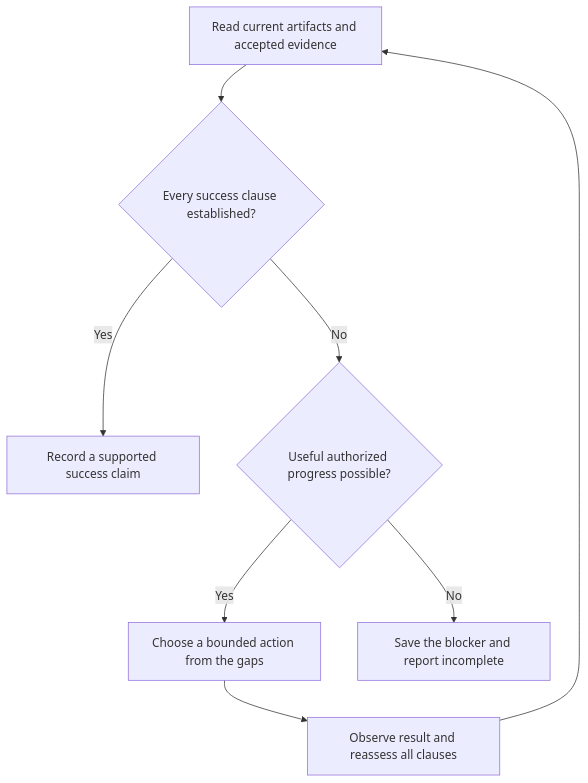
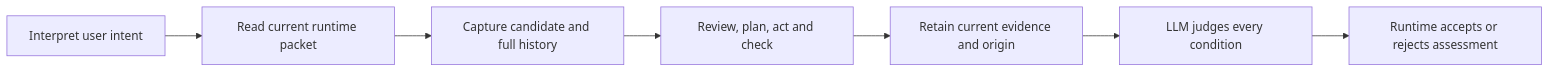
The third of 5 diagrams in README.md (whichguy/until-loop), drawn with Mermaid before and after one commit. The commit also changed other lines of this file and 49 other files, not shown here.

````diff
--- a/README.md
+++ b/README.md
@@ -183,10 +186,9 @@
 ```mermaid
-flowchart TD
-    Evidence[Read current artifacts and accepted evidence] --> Success{Every success clause established?}
-    Success -->|Yes| Close[Record a supported success claim]
-    Success -->|No| Progress{Useful authorized progress possible?}
-    Progress -->|Yes| Work[Choose a bounded action from the gaps]
-    Work --> Evaluate[Observe result and reassess all clauses]
-    Evaluate --> Evidence
-    Progress -->|No| Block[Save the blocker and report incomplete]
+flowchart LR
+    Intent[Interpret user intent] --> Packet[Read current runtime packet]
+    Packet --> Facts[Capture candidate and full history]
+    Facts --> Work[Review, plan, act and check]
+    Work --> Record[Retain current evidence and origin]
+    Record --> Judgment[LLM judges every condition]
+    Judgment --> Submit[Runtime accepts or rejects assessment]
 ```
````
